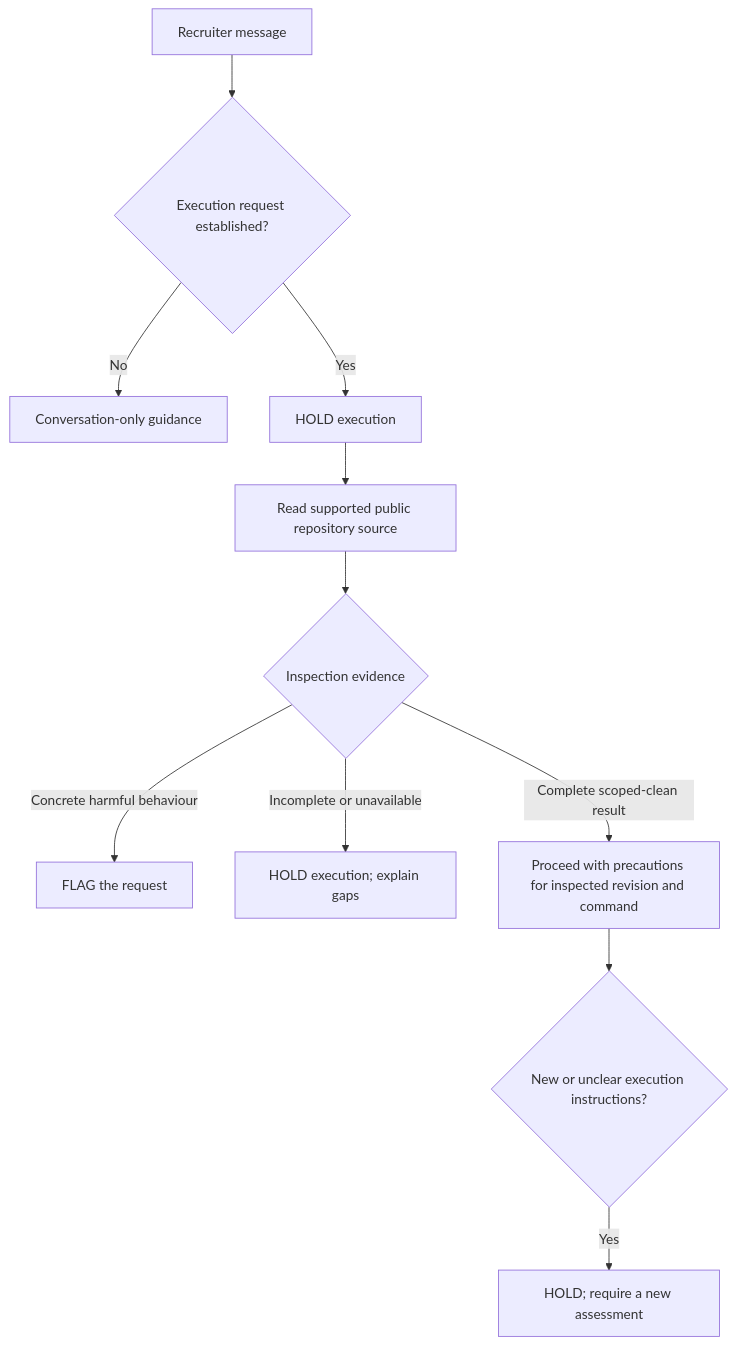
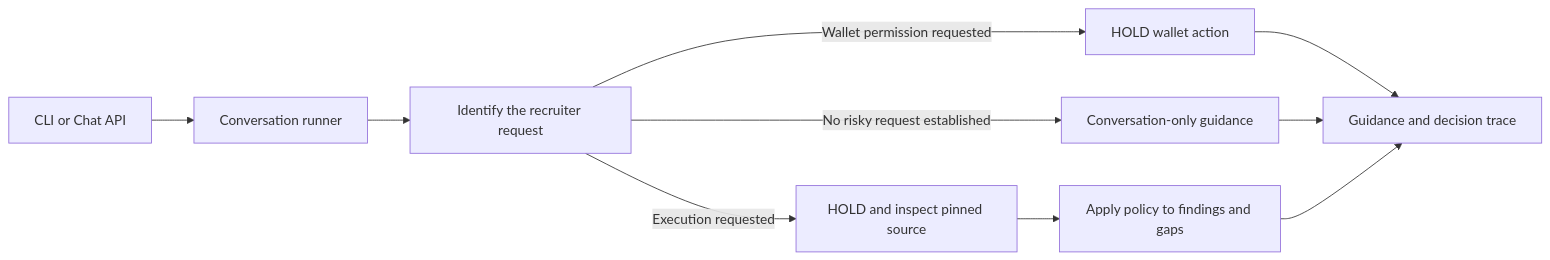
One commit to AamirAlam/IntentChain changed the diagram in README.md. Above: the diagram before and after it, drawn with Mermaid. The commit also changed other lines of this file and 1 other file, not shown here.

Commit message:
docs: present IntentChain as an evidence-driven agent

````diff
--- a/README.md
+++ b/README.md
@@ -82,13 +67,12 @@
 ```mermaid
-flowchart TD
-    A[Recruiter message] --> B{Execution request established?}
-    B -->|No| C[Conversation-only guidance]
-    B -->|Yes| D[HOLD execution]
-    D --> E[Read supported public repository source]
-    E --> F{Inspection evidence}
-    F -->|Concrete harmful behaviour| G[FLAG the request]
-    F -->|Incomplete or unavailable| H[HOLD execution; explain gaps]
-    F -->|Complete scoped-clean result| I[Proceed with precautions for inspected revision and command]
-    I --> J{New or unclear execution instructions?}
-    J -->|Yes| K[HOLD; require a new assessment]
+flowchart LR
+    A["CLI or Chat API"] --> B["Conversation runner"]
+    B --> C["Identify the recruiter request"]
+    C -->|Execution requested| D["HOLD and inspect pinned source"]
+    C -->|Wallet permission requested| E["HOLD wallet action"]
+    C -->|No risky request established| F["Conversation-only guidance"]
+    D --> G["Apply policy to findings and gaps"]
+    E --> H["Guidance and decision trace"]
+    F --> H
+    G --> H
 ```
````
